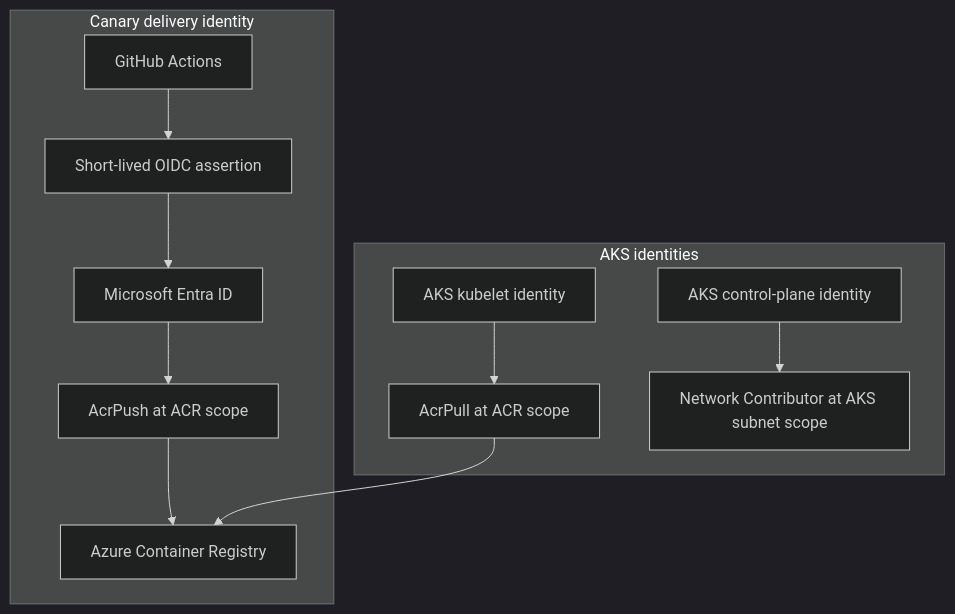
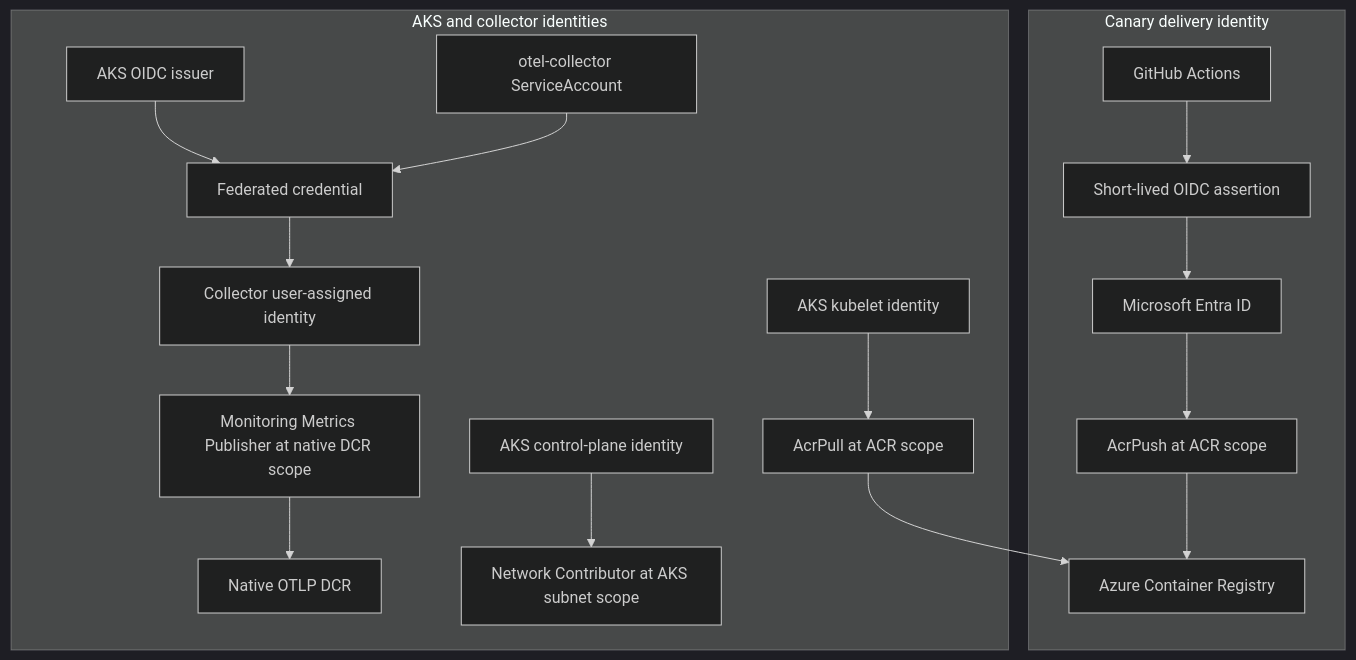
Before and after one commit to TheShivm/azure-aks-gitops-delivery: the seventh of 8 diagrams in README.md, drawn with Mermaid (dark theme). The commit also changed other lines of this file, not shown here.

```diff
--- a/README.md
+++ b/README.md
@@ -119,15 +285,22 @@
 ~~~mermaid
 flowchart TB
   subgraph DeliveryIdentity["Canary delivery identity"]
     Actions[GitHub Actions] --> OIDC[Short-lived OIDC assertion]
     OIDC --> Entra[Microsoft Entra ID]
     Entra --> AcrPush[AcrPush at ACR scope]
     AcrPush --> RegistryIdentity[Azure Container Registry]
   end
 
-  subgraph ClusterIdentity["AKS identities"]
+  subgraph ClusterIdentity["AKS and collector identities"]
     Kubelet[AKS kubelet identity] --> AcrPull[AcrPull at ACR scope]
     AcrPull --> RegistryIdentity
+
+    AKSOIDC[AKS OIDC issuer] --> FederationIdentity[Federated credential]
+    FederationIdentity --> CollectorUAMI[Collector user-assigned identity]
+    CollectorSA[otel-collector ServiceAccount] --> FederationIdentity
+    CollectorUAMI --> MetricsRole[Monitoring Metrics Publisher at native DCR scope]
+    MetricsRole --> NativeDCRIdentity[Native OTLP DCR]
+
     AKSControl[AKS control-plane identity] --> NetworkRole[Network Contributor at AKS subnet scope]
   end
 ~~~
```
